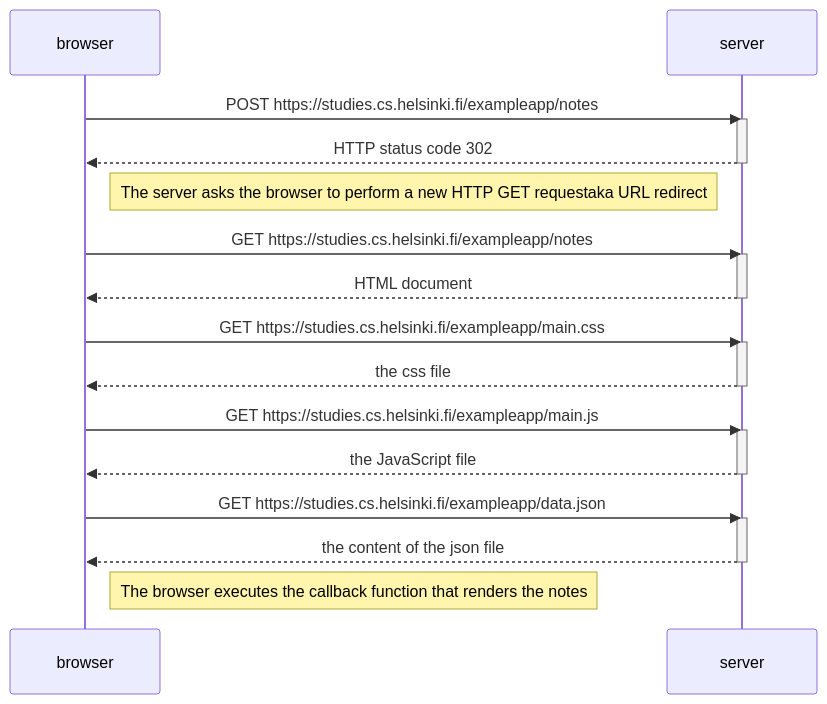
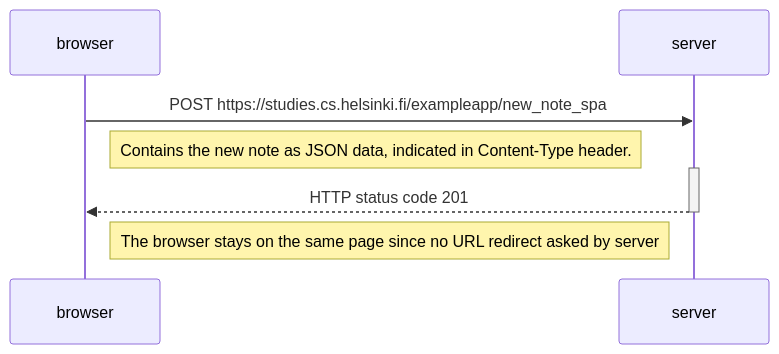
One commit to PlatinumFoxTail/fullstackopen changed the diagram in part0/0.5_single_page_app_diagram.md. Above: the diagram before and after it, drawn with Mermaid.

Commit message:
solution 0.5_single_page_app_diagram.md

````diff
--- a/part0/0.5_single_page_app_diagram.md
+++ b/part0/0.5_single_page_app_diagram.md
@@ -1,34 +1,16 @@
 ```mermaid
 sequenceDiagram
     participant browser
     participant server
 
-    browser->>server: POST https://studies.cs.helsinki.fi/exampleapp/notes
+    browser->>server: POST https://studies.cs.helsinki.fi/exampleapp/new_note_spa
+
+    Note right of browser: Contains the new note as JSON data, indicated in Content-Type header.
+
     activate server
-    server-->>browser: HTTP status code 302
+    server-->>browser: HTTP status code 201
     deactivate server
 
-    Note right of browser: The server asks the browser to perform a new HTTP GET requestaka URL redirect
+    Note right of browser: The browser stays on the same page since no URL redirect asked by server
 
-    browser->>server: GET https://studies.cs.helsinki.fi/exampleapp/notes
-    activate server
-    server-->>browser: HTML document
-    deactivate server
-
-    browser->>server: GET https://studies.cs.helsinki.fi/exampleapp/main.css
-    activate server
-    server-->>browser: the css file
-    deactivate server
-
-    browser->>server: GET https://studies.cs.helsinki.fi/exampleapp/main.js
-    activate server
-    server-->>browser: the JavaScript file
-    deactivate server
-
-    browser->>server: GET https://studies.cs.helsinki.fi/exampleapp/data.json
-    activate server
-    server-->>browser: the content of the json file
-    deactivate server
-
-    Note right of browser: The browser executes the callback function that renders the notes
 ```
````
